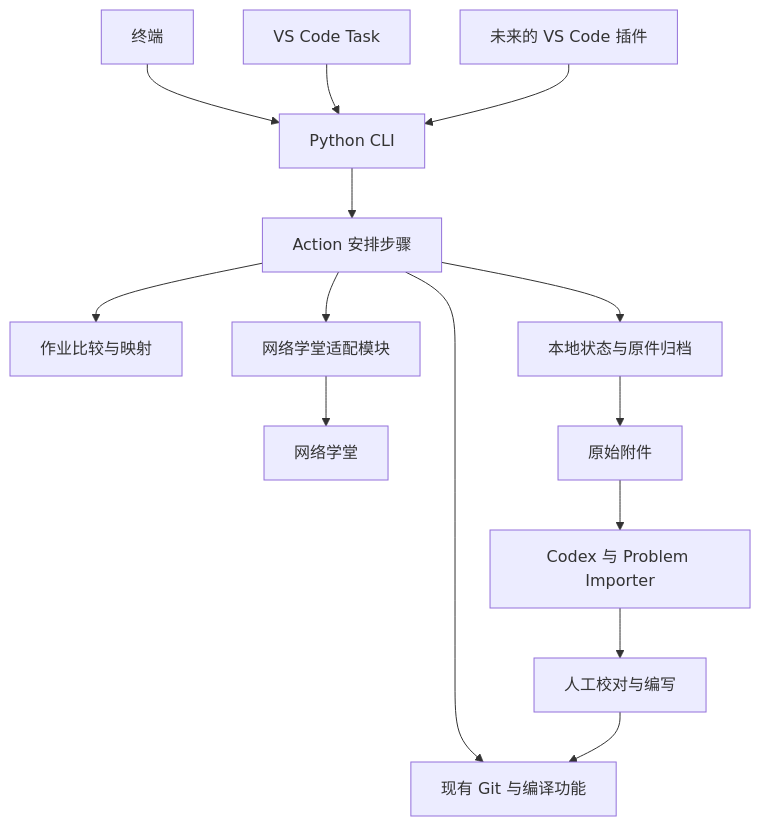
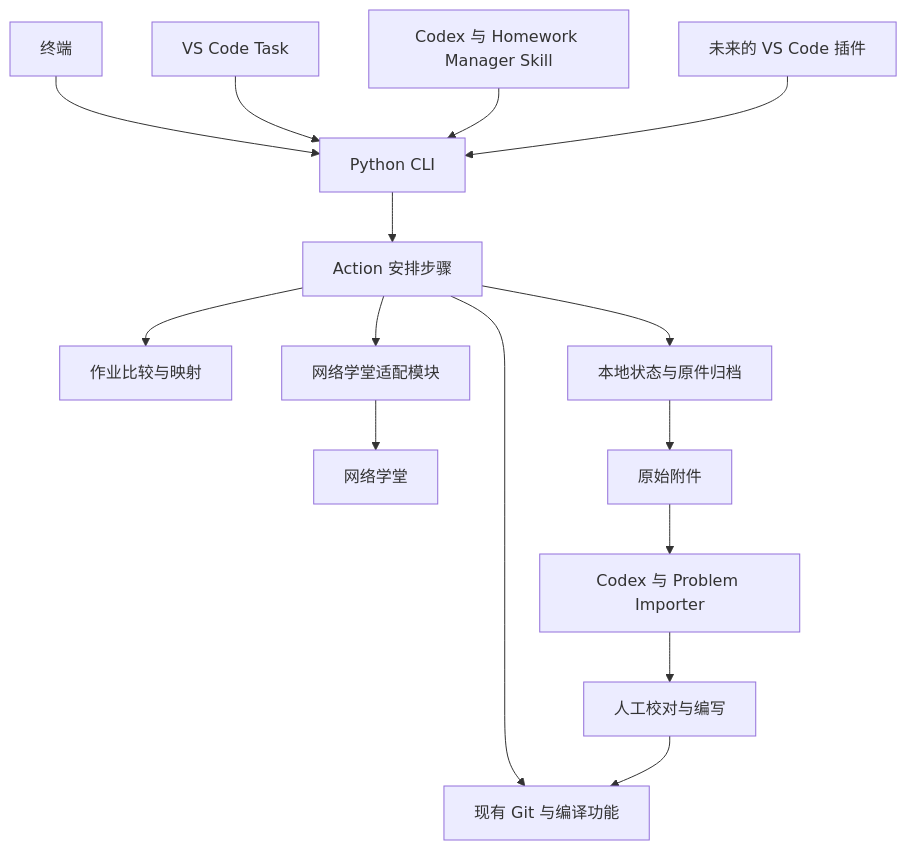
Before and after one commit to lacampanella233/Homework: the diagram in AUTOMATION_PLAN.md, drawn with Mermaid. The commit also changed other lines of this file and 36 other files, not shown here.

````diff
--- a/AUTOMATION_PLAN.md
+++ b/AUTOMATION_PLAN.md
@@ -55,16 +71,17 @@
 ```mermaid
 flowchart TD
     Terminal[终端] --> CLI[Python CLI]
     Task[VS Code Task] --> CLI
+    Skill[Codex 与 Homework Manager Skill] --> CLI
     Extension[未来的 VS Code 插件] --> CLI
     CLI --> Actions[Action 安排步骤]
     Actions --> Rules[作业比较与映射]
     Actions --> Platform[网络学堂适配模块]
     Actions --> Storage[本地状态与原件归档]
     Actions --> Manager[现有 Git 与编译功能]
     Platform --> Learn[网络学堂]
     Storage --> Sources[原始附件]
     Sources --> Importer[Codex 与 Problem Importer]
     Importer --> Review[人工校对与编写]
     Review --> Manager
 ```
````
